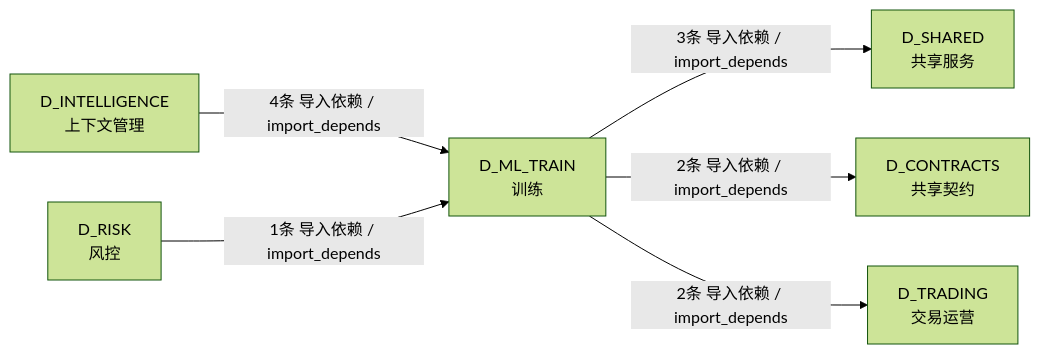
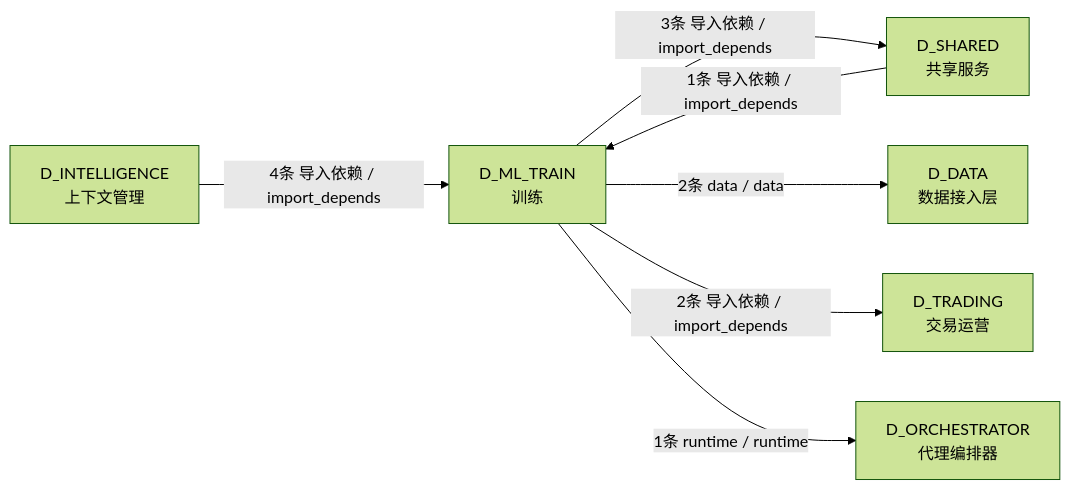
Before and after one commit to xuanFelixVan/ZephyrAlpha: the fourth of 4 diagrams in docs/02_enterprise_architecture/02_domain_architecture_docs/61_d_ml_train.md, drawn with Mermaid (forest theme). The commit also changed other lines of this file and 79 other files, not shown here.

````diff
--- a/docs/02_enterprise_architecture/02_domain_architecture_docs/61_d_ml_train.md
+++ b/docs/02_enterprise_architecture/02_domain_architecture_docs/61_d_ml_train.md
@@ -189,14 +174,15 @@
 ```mermaid
 graph LR
     D_ML_TRAIN["D_ML_TRAIN<br/>训练"]
     D_SHARED["D_SHARED<br/>共享服务"]
-    D_CONTRACTS["D_CONTRACTS<br/>共享契约"]
+    D_DATA["D_DATA<br/>数据接入层"]
     D_TRADING["D_TRADING<br/>交易运营"]
+    D_ORCHESTRATOR["D_ORCHESTRATOR<br/>代理编排器"]
     D_INTELLIGENCE["D_INTELLIGENCE<br/>上下文管理"]
-    D_RISK["D_RISK<br/>风控"]
     D_ML_TRAIN -->|3条 导入依赖 / import_depends| D_SHARED
-    D_ML_TRAIN -->|2条 导入依赖 / import_depends| D_CONTRACTS
+    D_ML_TRAIN -->|2条 data / data| D_DATA
     D_ML_TRAIN -->|2条 导入依赖 / import_depends| D_TRADING
+    D_ML_TRAIN -->|1条 runtime / runtime| D_ORCHESTRATOR
     D_INTELLIGENCE -->|4条 导入依赖 / import_depends| D_ML_TRAIN
-    D_RISK -->|1条 导入依赖 / import_depends| D_ML_TRAIN
+    D_SHARED -->|1条 导入依赖 / import_depends| D_ML_TRAIN
 ```
````
